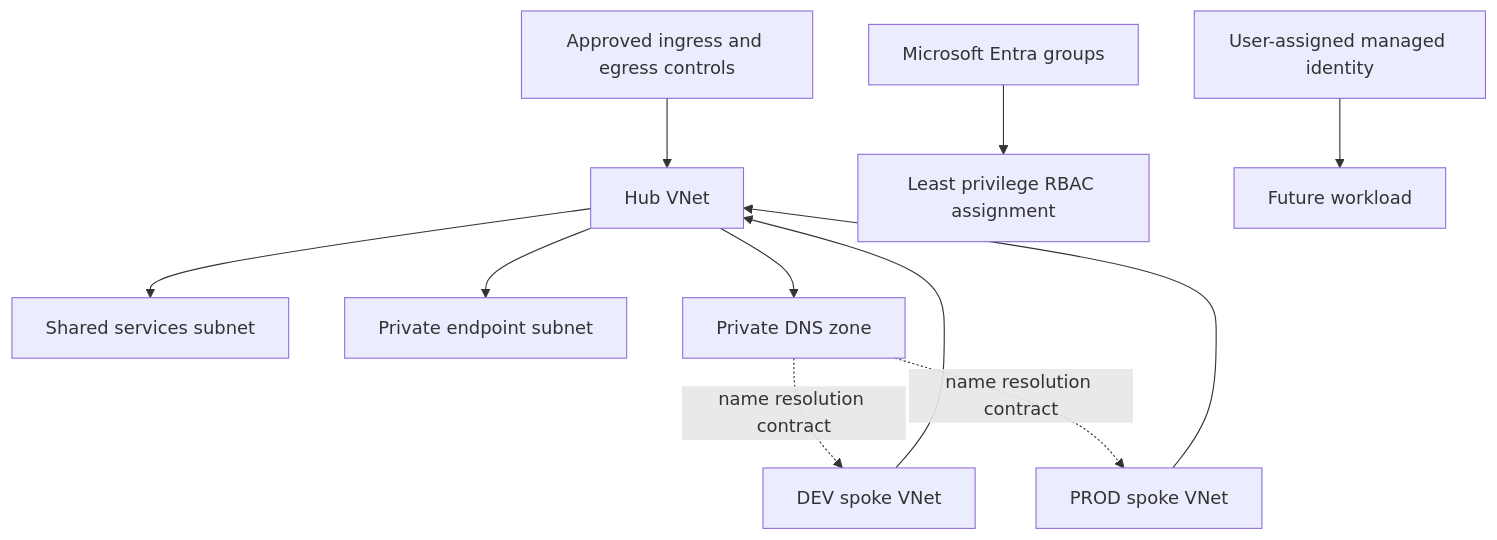
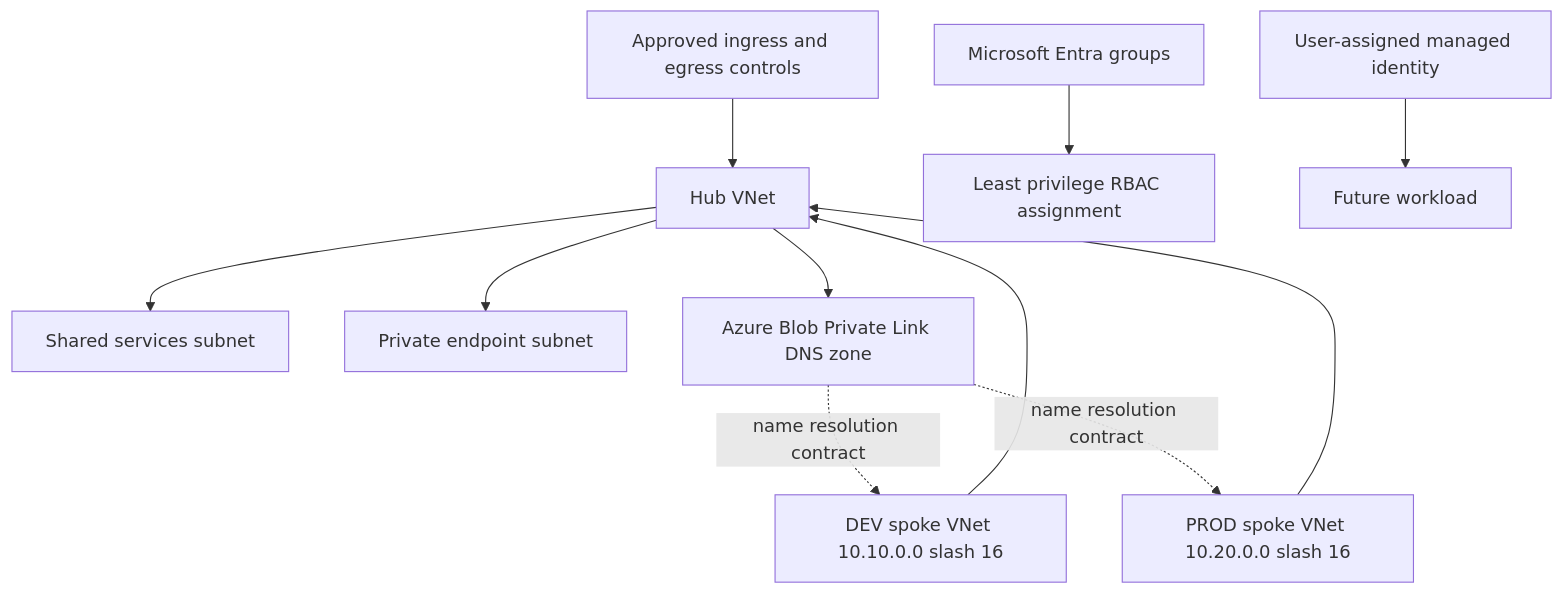
One commit to kiranvalluri2016/azure-cloud-platform-architecture-reference changed the second of 2 diagrams in docs/architecture.md. Above: the diagram before and after it, drawn with Mermaid. The commit also changed other lines of this file and 19 other files, not shown here.

Commit message:
fix: align Azure landing zone hierarchy governance and network references

````diff
--- a/docs/architecture.md
+++ b/docs/architecture.md
@@ -40,13 +44,13 @@
 ```mermaid
 flowchart TB
   Internet[Approved ingress and egress controls] --> Hub[Hub VNet]
   Hub --> Shared[Shared services subnet]
   Hub --> PE[Private endpoint subnet]
-  Hub --> DNS[Private DNS zone]
-  SpokeDev[DEV spoke VNet] --> Hub
-  SpokeProd[PROD spoke VNet] --> Hub
+  Hub --> DNS[Azure Blob Private Link DNS zone]
+  SpokeDev[DEV spoke VNet 10.10.0.0 slash 16] --> Hub
+  SpokeProd[PROD spoke VNet 10.20.0.0 slash 16] --> Hub
   DNS -. name resolution contract .-> SpokeDev
   DNS -. name resolution contract .-> SpokeProd
   Entra[Microsoft Entra groups] --> RBAC[Least privilege RBAC assignment]
   MI[User-assigned managed identity] --> Workload[Future workload]
 ```
````
